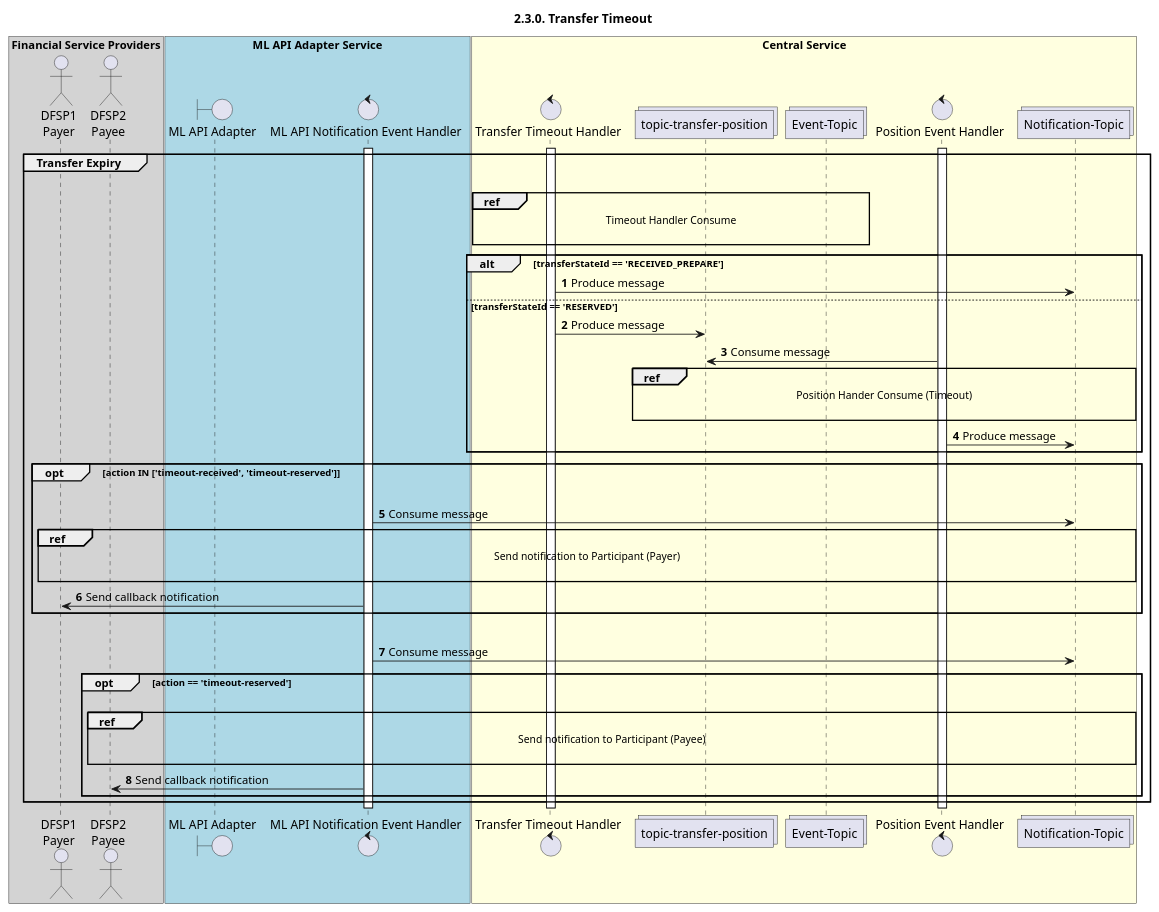
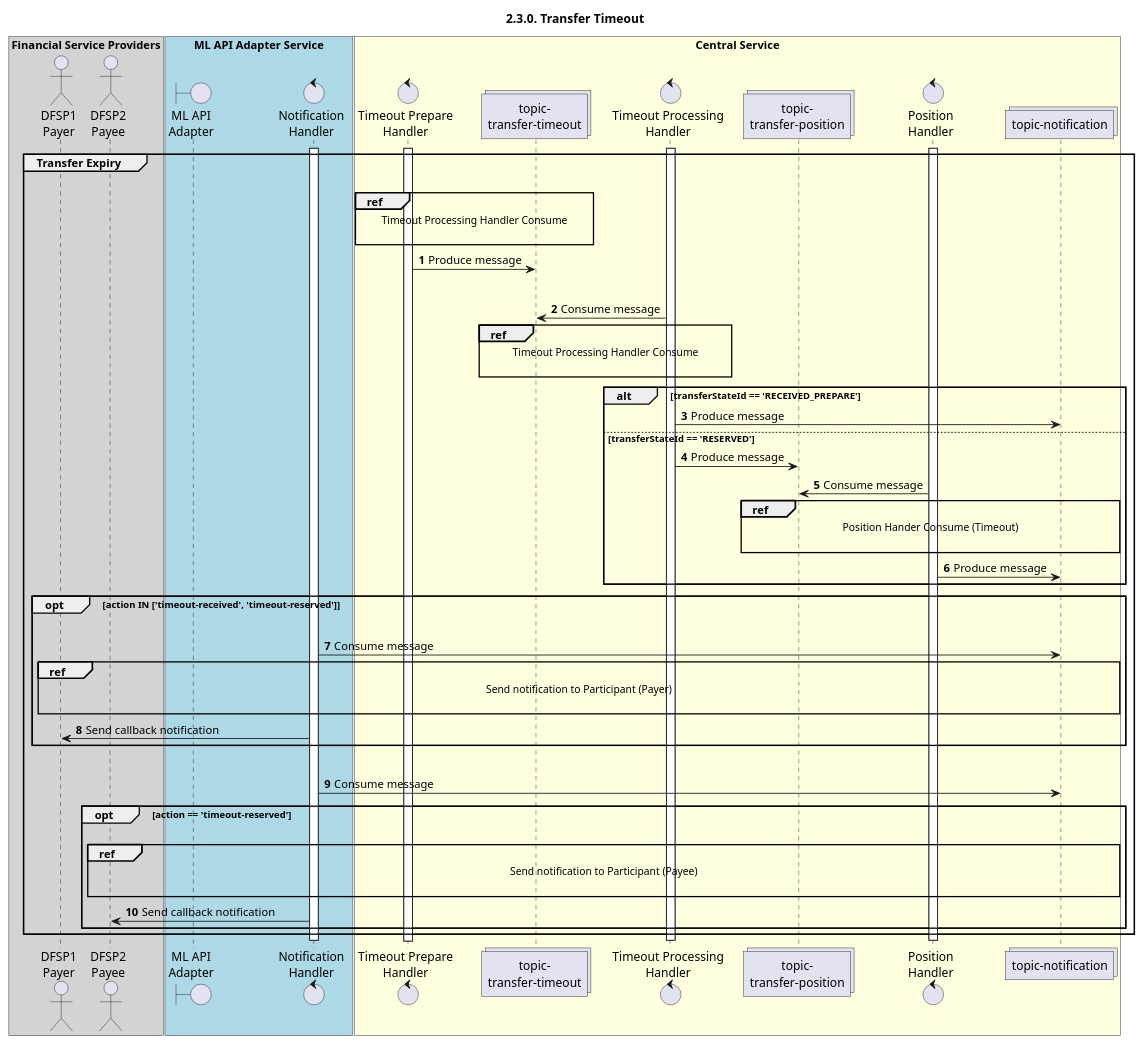
The diagram in mojaloop-technical-overview/central-ledger/assets/diagrams/sequence/seq-timeout-2.3.0.plantuml (mojaloop/documentation), drawn with PlantUML before and after one commit. The commit also changed 3 other files, not shown here.

```diff
--- a/mojaloop-technical-overview/central-ledger/assets/diagrams/sequence/seq-timeout-2.3.0.plantuml
+++ b/mojaloop-technical-overview/central-ledger/assets/diagrams/sequence/seq-timeout-2.3.0.plantuml
@@ -25,75 +25,82 @@
 @startuml
 ' declate title
 title 2.3.0. Transfer Timeout
 
 autonumber
 
 ' Actor Keys:
 '   boundary - APIs/Interfaces, etc
 '   collections - Kafka Topics
 '   control - Kafka Consumers
 '   entity - Database Access Objects
 '   database - Database Persistance Store
 
 ' declare actors
 actor "DFSP1\nPayer" as DFSP1
 actor "DFSP2\nPayee" as DFSP2
-boundary "ML API Adapter" as MLAPI
-control "ML API Notification Event Handler" as NOTIFY_HANDLER
-control "Transfer Timeout Handler" as EXP_HANDLER
-collections "topic-transfer-position" as TOPIC_TRANSFER_POSITION
-control "Position Event Handler" as POS_HANDLER
-collections "Notification-Topic" as TOPIC_NOTIFICATIONS
-collections "Event-Topic" as TOPIC_EVENT
+boundary "ML API\nAdapter" as MLAPI
+control "Notification\nHandler" as NOTIFY_HANDLER
+control  "Timeout Prepare\nHandler" as EXP_PREP_HANDLER
+collections "topic-\ntransfer-timeout" as TOPIC_TRANSFER_TIMEOUT
+control "Timeout Processing\nHandler" as EXP_HANDLER
+collections "topic-\ntransfer-position" as TOPIC_TRANSFER_POSITION
+control "Position\nHandler" as POS_HANDLER
+collections "topic-notification" as TOPIC_NOTIFICATIONS
 
 box "Financial Service Providers" #lightGray
 	participant DFSP1
 	participant DFSP2
 end box
 
 box "ML API Adapter Service" #LightBlue
 	participant MLAPI
 	participant NOTIFY_HANDLER
 end box
 
 box "Central Service" #LightYellow
+    participant EXP_PREP_HANDLER
+    participant TOPIC_TRANSFER_TIMEOUT
     participant EXP_HANDLER
     participant TOPIC_TRANSFER_POSITION
-    participant TOPIC_EVENT
     participant POS_HANDLER
     participant TOPIC_NOTIFICATIONS
 end box
 
 ' start flow
+activate EXP_PREP_HANDLER
 activate NOTIFY_HANDLER
 activate EXP_HANDLER
 activate POS_HANDLER
 group Transfer Expiry
     |||
-    ref over EXP_HANDLER, TOPIC_EVENT :  Timeout Handler Consume\n
+    ref over EXP_PREP_HANDLER, TOPIC_TRANSFER_TIMEOUT :  Timeout Processing Handler Consume\n
+    EXP_PREP_HANDLER -> TOPIC_TRANSFER_TIMEOUT: Produce message
+    |||
+    TOPIC_TRANSFER_TIMEOUT <- EXP_HANDLER: Consume message
+    ref over TOPIC_TRANSFER_TIMEOUT, EXP_HANDLER :  Timeout Processing Handler Consume\n
     alt transferStateId == 'RECEIVED_PREPARE'
         EXP_HANDLER -> TOPIC_NOTIFICATIONS: Produce message
     else transferStateId == 'RESERVED'
         EXP_HANDLER -> TOPIC_TRANSFER_POSITION: Produce message
         TOPIC_TRANSFER_POSITION <- POS_HANDLER: Consume message
         ref over TOPIC_TRANSFER_POSITION, TOPIC_NOTIFICATIONS :  Position Hander Consume (Timeout)\n
         POS_HANDLER -> TOPIC_NOTIFICATIONS: Produce message
     end
     opt action IN ['timeout-received', 'timeout-reserved']
         |||
         TOPIC_NOTIFICATIONS <- NOTIFY_HANDLER: Consume message
         ref over DFSP1, TOPIC_NOTIFICATIONS : Send notification to Participant (Payer)\n
         NOTIFY_HANDLER -> DFSP1: Send callback notification
     end
     |||
     TOPIC_NOTIFICATIONS <- NOTIFY_HANDLER: Consume message
     opt action == 'timeout-reserved'
         |||
         ref over DFSP2, TOPIC_NOTIFICATIONS : Send notification to Participant (Payee)\n
         NOTIFY_HANDLER -> DFSP2: Send callback notification
     end
 end
 deactivate POS_HANDLER
 deactivate EXP_HANDLER
 deactivate NOTIFY_HANDLER
 @enduml
```
